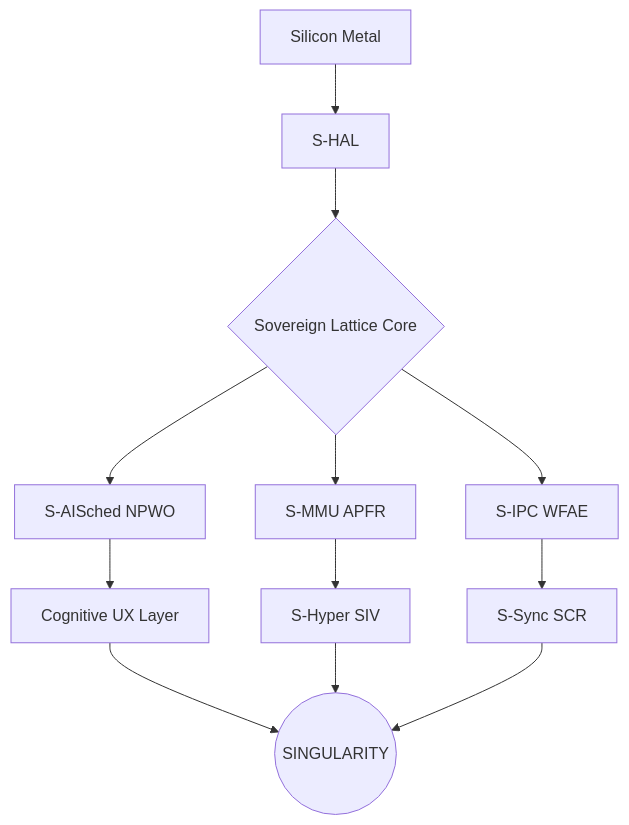
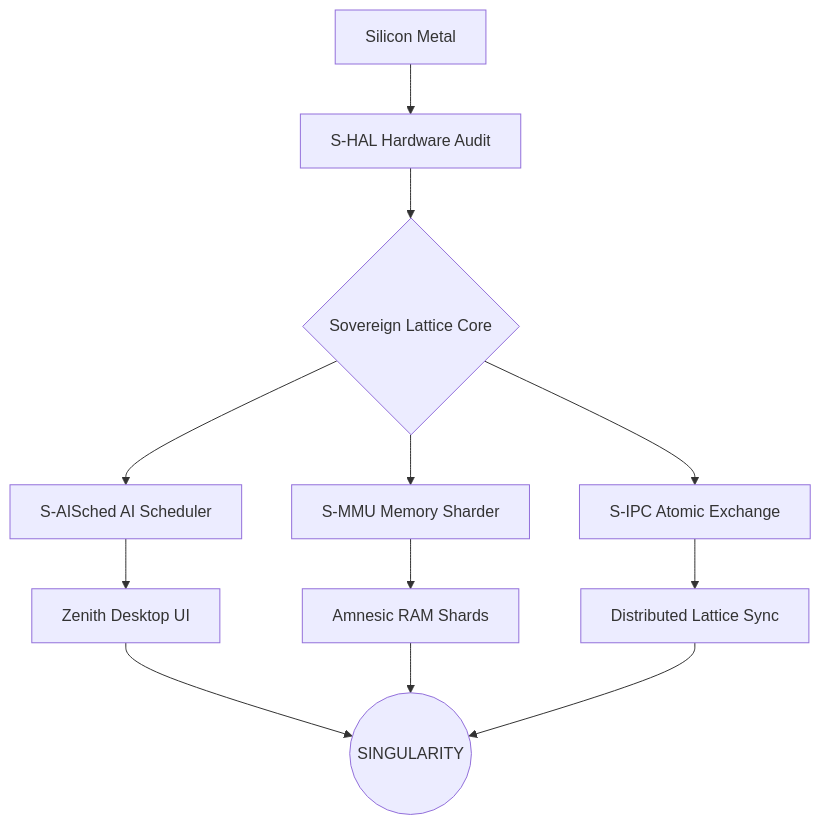
One commit to AaryanSinghChauhan09/SigmaOS changed the diagram in README.md. Above: the diagram before and after it, drawn with Mermaid. The commit also changed other lines of this file and 717 other files, not shown here.

Commit message:
feat(zenith): Implement automated testing lattice, CI/CD pipeline, and standardized architecture docs. Refactor includes to flat strategy.

````diff
--- a/README.md
+++ b/README.md
@@ -36,14 +31,14 @@
 ```mermaid
 graph TD
-    A[Silicon Metal] --> B[S-HAL]
+    A[Silicon Metal] --> B[S-HAL Hardware Audit]
     B --> C{Sovereign Lattice Core}
-    C --> D[S-AISched NPWO]
-    C --> E[S-MMU APFR]
-    C --> F[S-IPC WFAE]
-    D --> G[Cognitive UX Layer]
-    E --> H[S-Hyper SIV]
-    F --> I[S-Sync SCR]
+    C --> D[S-AISched AI Scheduler]
+    C --> E[S-MMU Memory Sharder]
+    C --> F[S-IPC Atomic Exchange]
+    D --> G[Zenith Desktop UI]
+    E --> H[Amnesic RAM Shards]
+    F --> I[Distributed Lattice Sync]
     G --> J((SINGULARITY))
     H --> J
     I --> J
 ```
````
